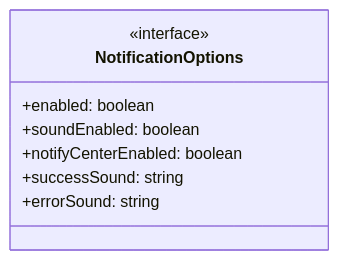
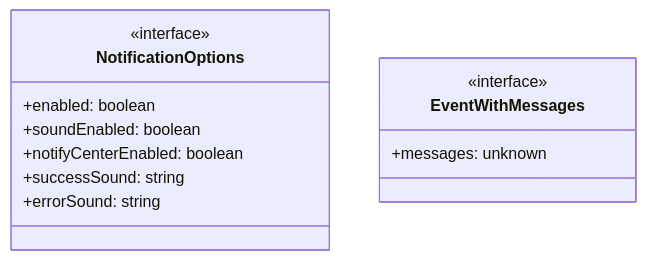
One commit to Mekann2904/mekann changed the first of 3 diagrams in ABDD/.pi/extensions/kitty-status-integration.md. Above: the diagram before and after it, drawn with Mermaid. The commit also changed other lines of this file and 189 other files, not shown here.

````diff
--- a/ABDD/.pi/extensions/kitty-status-integration.md
+++ b/ABDD/.pi/extensions/kitty-status-integration.md
@@ -32,11 +37,15 @@
 ```mermaid
 classDiagram
   class NotificationOptions {
     <<interface>>
     +enabled: boolean
     +soundEnabled: boolean
     +notifyCenterEnabled: boolean
     +successSound: string
     +errorSound: string
   }
+  class EventWithMessages {
+    <<interface>>
+    +messages: unknown
+  }
 ```
````
